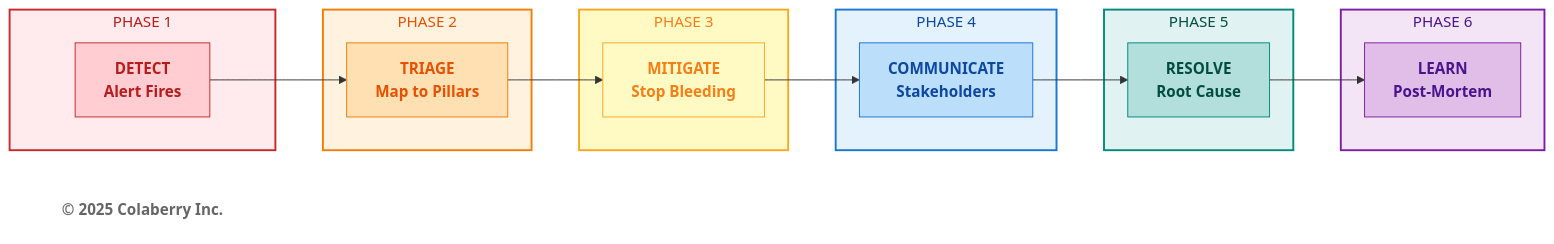
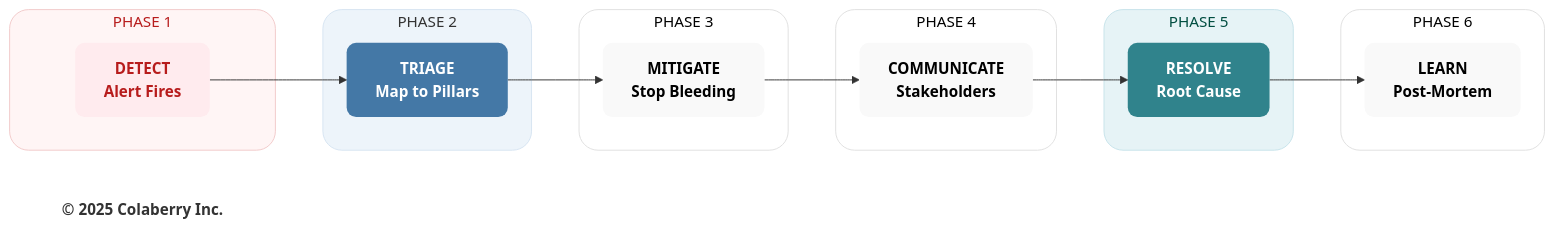
Before and after one commit to saitejesh-cyber/trust-before-intelligence-book: the fourth of 6 diagrams in manuscript/13_chapter_12_running_agents_at_scale.md, drawn with Mermaid. The commit also changed other lines of this file and 7 other files, not shown here.

Commit message:
Chapter 6to13: Updated mermaid diagrams based on new colaberry color code

````diff
--- a/manuscript/13_chapter_12_running_agents_at_scale.md
+++ b/manuscript/13_chapter_12_running_agents_at_scale.md
@@ -677,44 +677,44 @@
 ```mermaid
 graph LR
     subgraph P1["PHASE 1"]
         D["<b>DETECT</b><br/><b>Alert Fires</b>"]
     end
     
     subgraph P2["PHASE 2"]
         T["<b>TRIAGE</b><br/><b>Map to Pillars</b>"]
     end
     
     subgraph P3["PHASE 3"]
         M["<b>MITIGATE</b><br/><b>Stop Bleeding</b>"]
     end
     
     subgraph P4["PHASE 4"]
         C["<b>COMMUNICATE</b><br/><b>Stakeholders</b>"]
     end
     
     subgraph P5["PHASE 5"]
         R["<b>RESOLVE</b><br/><b>Root Cause</b>"]
     end
     
     subgraph P6["PHASE 6"]
         L["<b>LEARN</b><br/><b>Post-Mortem</b>"]
     end
     
     D --> T --> M --> C --> R --> L
     
     Copyright["<b>© 2025 Colaberry Inc.</b>"]
     
-    style P1 fill:#ffebee,stroke:#c62828,stroke-width:2px,color:#b71c1c
-    style P2 fill:#fff3e0,stroke:#f57c00,stroke-width:2px,color:#e65100
-    style P3 fill:#fff9c4,stroke:#f9a825,stroke-width:2px,color:#f57f17
-    style P4 fill:#e3f2fd,stroke:#1976d2,stroke-width:2px,color:#0d47a1
-    style P5 fill:#e0f2f1,stroke:#00897b,stroke-width:2px,color:#004d40
-    style P6 fill:#f3e5f5,stroke:#7b1fa2,stroke-width:2px,color:#4a148c
-    style D fill:#ffcdd2,stroke:#c62828,color:#b71c1c
-    style T fill:#ffe0b2,stroke:#f57c00,color:#e65100
-    style M fill:#fff9c4,stroke:#f9a825,color:#f57f17
-    style C fill:#bbdefb,stroke:#1976d2,color:#0d47a1
-    style R fill:#b2dfdb,stroke:#00897b,color:#004d40
-    style L fill:#e1bee7,stroke:#7b1fa2,color:#4a148c
-    style Copyright fill:#ffffff,stroke:none,color:#666666
+    style P1 fill:#fff5f5,stroke:#f2caca,stroke-width:1px,color:#b71c1c,rx:20,ry:20
+    style P2 fill:#edf4fa,stroke:#d6e4f2,stroke-width:1px,color:#333333,rx:20,ry:20
+    style P3 fill:#ffffff,stroke:#e0e0e0,stroke-width:1px,color:#000000,rx:20,ry:20
+    style P4 fill:#ffffff,stroke:#e0e0e0,stroke-width:1px,color:#000000,rx:20,ry:20
+    style P5 fill:#e6f3f6,stroke:#c7e3ea,stroke-width:1px,color:#004d40,rx:20,ry:20
+    style P6 fill:#ffffff,stroke:#e0e0e0,stroke-width:1px,color:#000000,rx:20,ry:20
+    style D fill:#ffebee,stroke:none,color:#b71c1c,rx:10,ry:10
+    style T fill:#4478A6,stroke:none,color:#ffffff,rx:10,ry:10
+    style M fill:#f9f9f9,stroke:none,color:#000000,rx:10,ry:10
+    style C fill:#f9f9f9,stroke:none,color:#000000,rx:10,ry:10
+    style R fill:#30838C,stroke:none,color:#ffffff,rx:10,ry:10
+    style L fill:#f9f9f9,stroke:none,color:#000000,rx:10,ry:10
+    style Copyright fill:none,stroke:none,color:#333333
 ```
````
